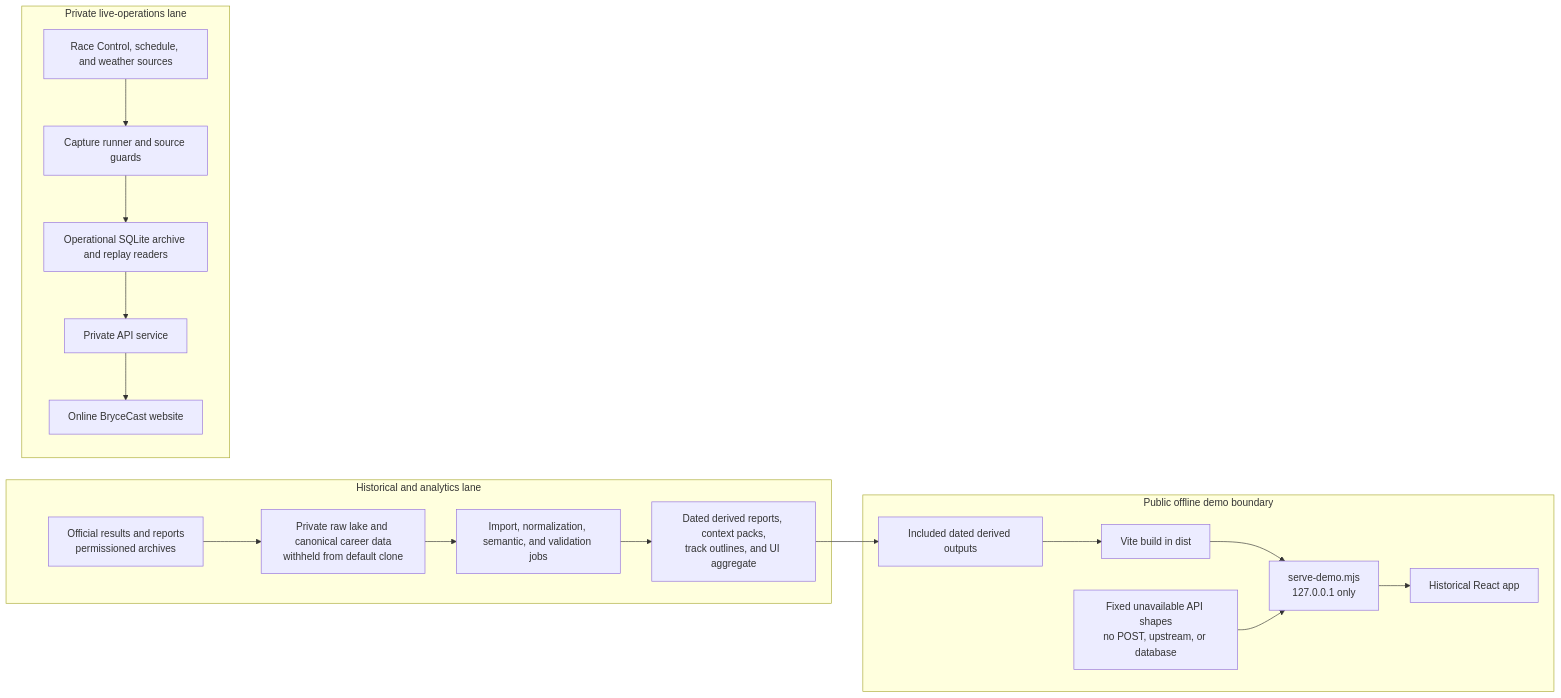
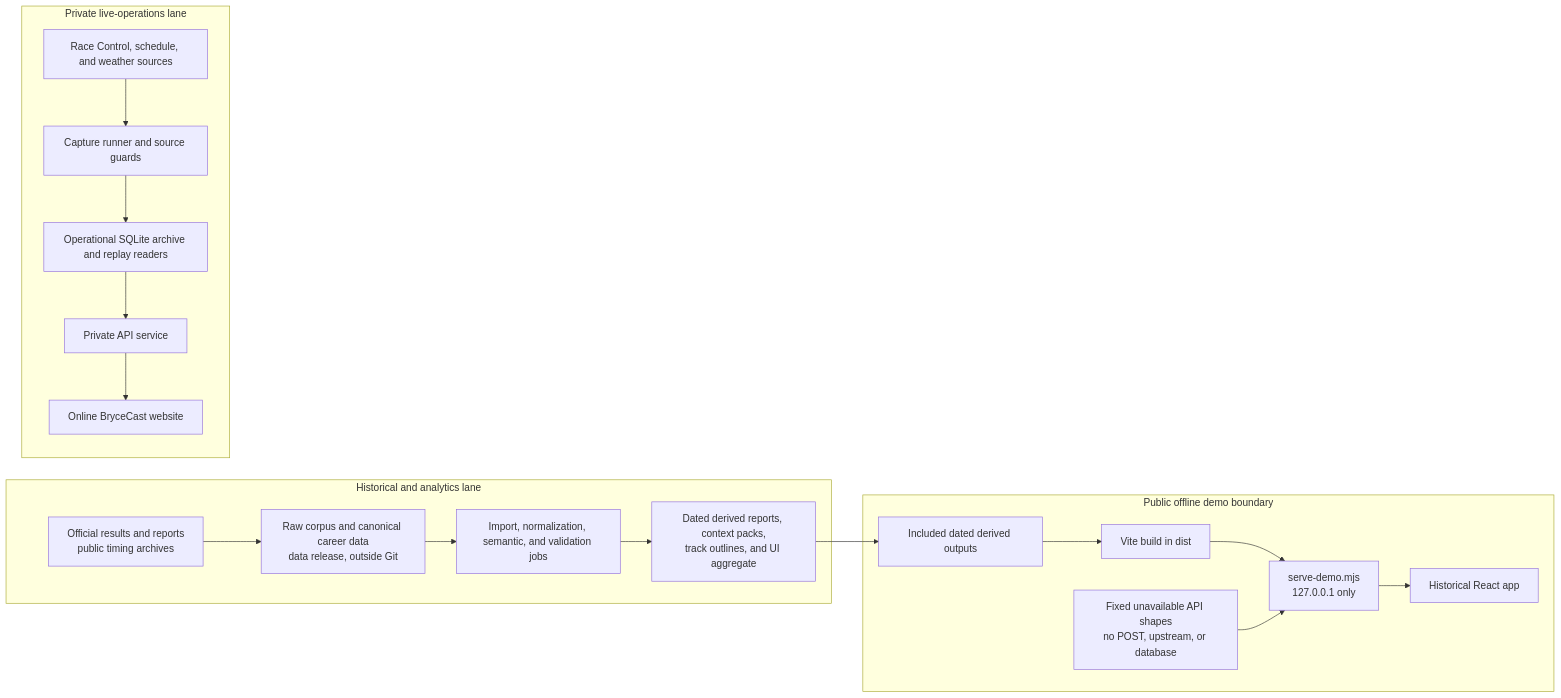
The diagram in docs/engineering/ARCHITECTURE.md (riddlejack/BryceCast), drawn with Mermaid before and after one commit. The commit also changed other lines of this file and 36 other files, not shown here.

First line of the commit message:
Launch prep: recruiter-facing README, data release tooling, source credits

````diff
--- a/docs/engineering/ARCHITECTURE.md
+++ b/docs/engineering/ARCHITECTURE.md
@@ -5,24 +5,24 @@
 ```mermaid
 flowchart LR
   subgraph historical["Historical and analytics lane"]
-    H1["Official results and reports<br/>permissioned archives"] --> H2["Private raw lake and canonical career data<br/>withheld from default clone"]
+    H1["Official results and reports<br/>public timing archives"] --> H2["Raw corpus and canonical career data<br/>data release, outside Git"]
     H2 --> H3["Import, normalization, semantic, and validation jobs"]
     H3 --> H4["Dated derived reports, context packs,<br/>track outlines, and UI aggregate"]
   end
 
   subgraph live["Private live-operations lane"]
     L1["Race Control, schedule, and weather sources"] --> L2["Capture runner and source guards"]
     L2 --> L3["Operational SQLite archive and replay readers"]
     L3 --> L4["Private API service"]
     L4 --> L5["Online BryceCast website"]
   end
 
   subgraph demo["Public offline demo boundary"]
     D1["Included dated derived outputs"] --> D2["Vite build in dist"]
     D2 --> D3["serve-demo.mjs<br/>127.0.0.1 only"]
     D3 --> D4["Historical React app"]
     D5["Fixed unavailable API shapes<br/>no POST, upstream, or database"] --> D3
   end
 
   H4 --> D1
 ```
````
